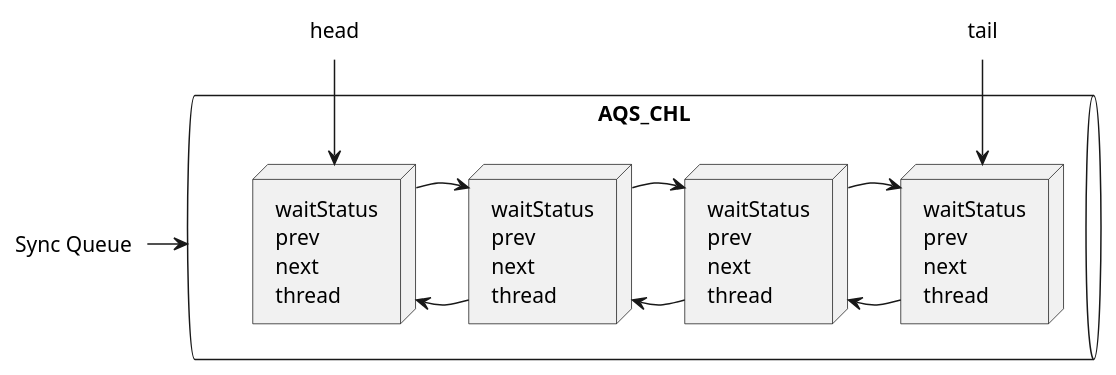
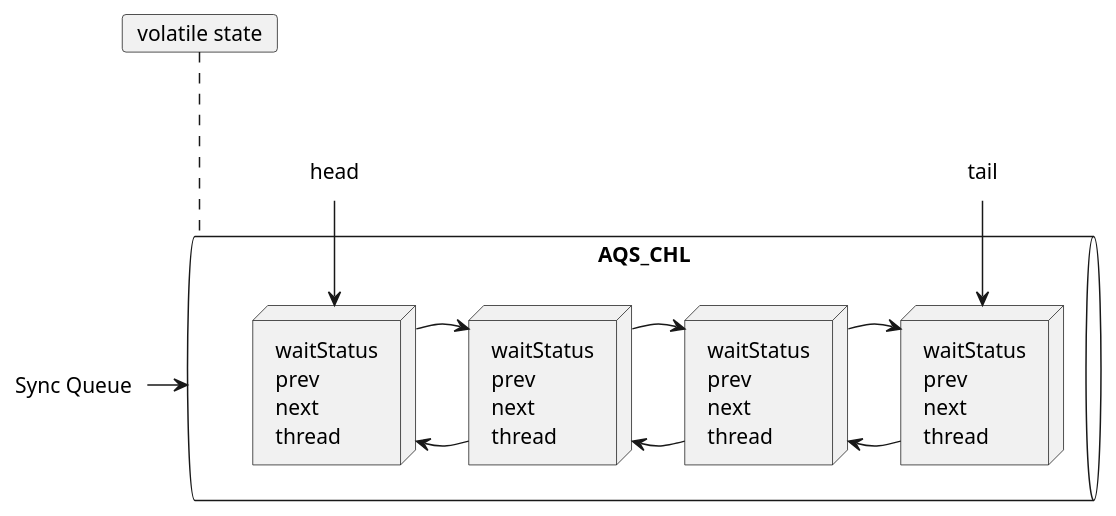
One commit to milk36/java-study-notes changed the diagram in Mr Ma - Multi-threading and high concurrency/puml/CLH.puml. Above: the diagram before and after it, drawn with PlantUML. The commit also changed 7 other files, not shown here.

```diff
--- a/Mr Ma - Multi-threading and high concurrency/puml/CLH.puml
+++ b/Mr Ma - Multi-threading and high concurrency/puml/CLH.puml
@@ -1,44 +1,47 @@
 @startuml
+
+card "volatile state" as vs
 
 label "Sync Queue" as sq
 label "head" as hd
 label "tail" as tl
 queue AQS_CHL{
   node node1 [
     waitStatus
     prev
     next
     thread
   ]
   node node2 [
     waitStatus
     prev
     next
     thread
   ]
   node node3 [
     waitStatus
     prev
     next
     thread
   ]
   node node4[
     waitStatus
     prev
     next
     thread
   ]
 }
 sq -> AQS_CHL 
 hd -down-> node4
 tl -down-> node1
 
 node1 -> node2
 node2 -> node1
 node2 -> node3
 node3 -> node2
 node3 -> node4
 node4 -> node3
 
+vs ... AQS_CHL
 
 @enduml
```
